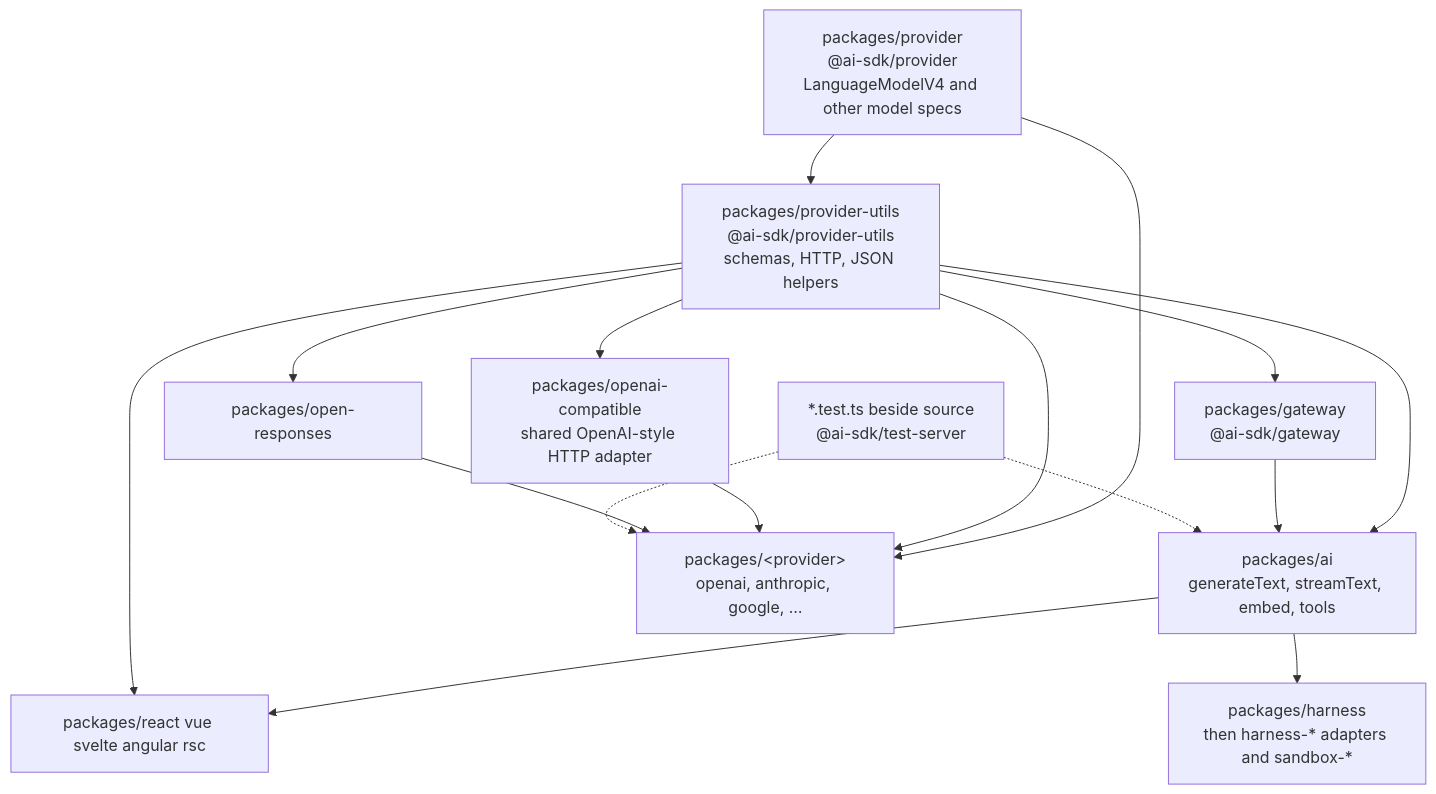
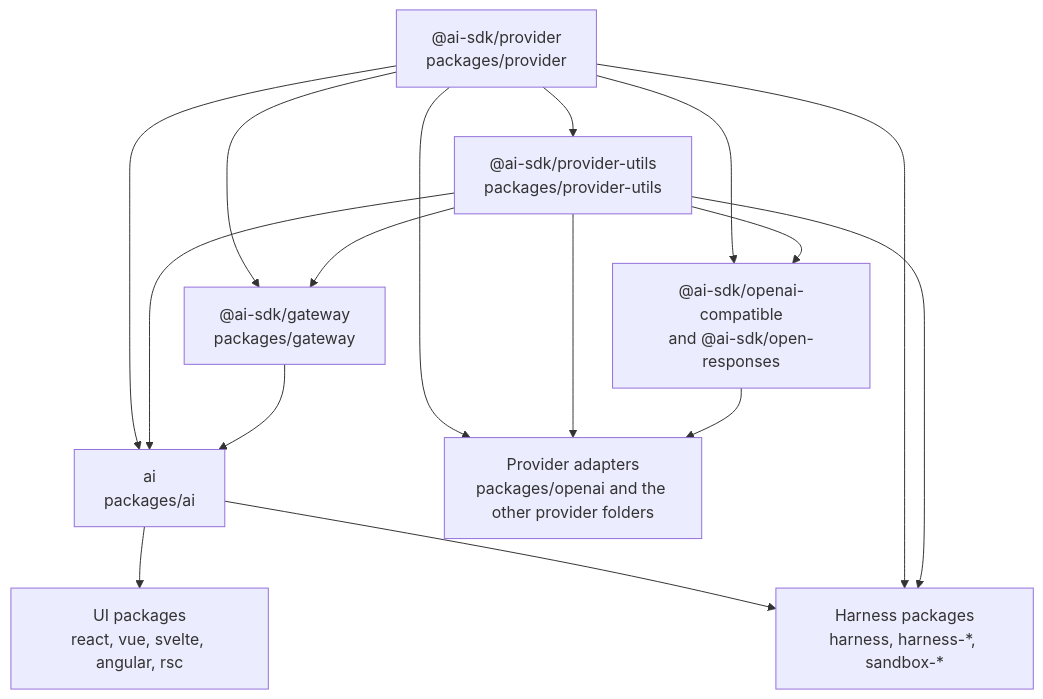
Before and after one commit to thedavidwells/acme-ai-sdk: the first of 2 diagrams in docs/ARCHITECTURE.md, drawn with Mermaid. The commit also changed other lines of this file and 5 other files, not shown here.

Commit message:
chore(acme): add guided architecture onboarding

````diff
--- a/docs/ARCHITECTURE.md
+++ b/docs/ARCHITECTURE.md
@@ -7,29 +25,27 @@
 ```mermaid
 flowchart TB
-  provider["packages/provider<br/>@ai-sdk/provider<br/>LanguageModelV4 and other model specs"]
-  utils["packages/provider-utils<br/>@ai-sdk/provider-utils<br/>schemas, HTTP, JSON helpers"]
-  gateway["packages/gateway<br/>@ai-sdk/gateway"]
-  compat["packages/openai-compatible<br/>shared OpenAI-style HTTP adapter"]
-  responses["packages/open-responses"]
-  core["packages/ai<br/>generateText, streamText, embed, tools"]
-  providers["packages/&lt;provider&gt;<br/>openai, anthropic, google, …"]
-  ui["packages/react vue svelte angular rsc"]
-  harness["packages/harness<br/>then harness-* adapters and sandbox-*"]
-  tests["*.test.ts beside source<br/>@ai-sdk/test-server"]
+  provider["@ai-sdk/provider<br/>packages/provider"]
+  utils["@ai-sdk/provider-utils<br/>packages/provider-utils"]
+  gateway["@ai-sdk/gateway<br/>packages/gateway"]
+  core["ai<br/>packages/ai"]
+  compat["@ai-sdk/openai-compatible<br/>and @ai-sdk/open-responses"]
+  adapters["Provider adapters<br/>packages/openai and the other provider folders"]
+  ui["UI packages<br/>react, vue, svelte, angular, rsc"]
+  harness["Harness packages<br/>harness, harness-*, sandbox-*"]
 
   provider --> utils
+  provider --> gateway
   utils --> gateway
-  utils --> compat
-  utils --> responses
+  provider --> core
   utils --> core
   gateway --> core
-  provider --> providers
-  utils --> providers
-  compat --> providers
-  responses --> providers
+  provider --> compat
+  utils --> compat
+  provider --> adapters
+  utils --> adapters
+  compat --> adapters
   core --> ui
   core --> harness
-  utils --> ui
-  tests -.-> core
-  tests -.-> providers
+  provider --> harness
+  utils --> harness
 ```
````
